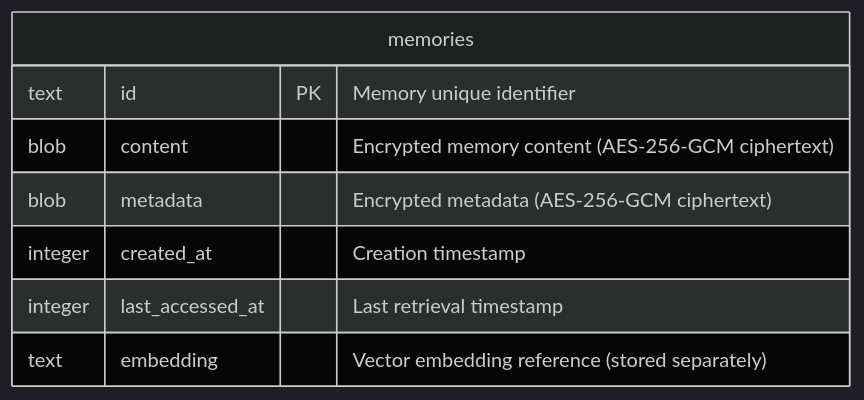
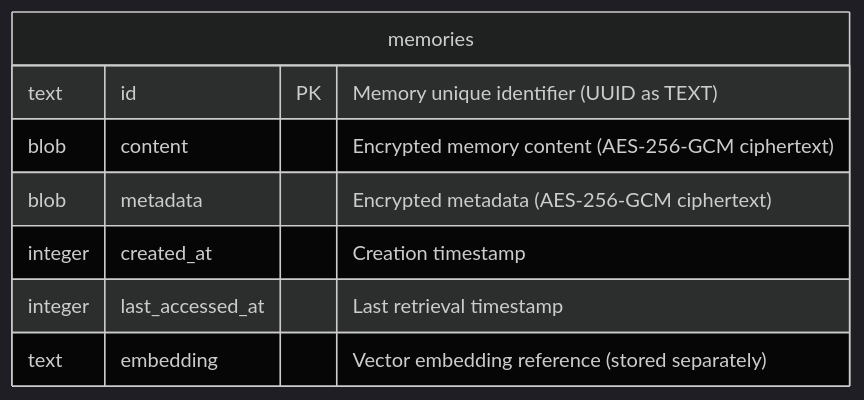
One commit to openkraken-ai/openkraken changed the third of 6 diagrams in TechSpec.md. Above: the diagram before and after it, drawn with Mermaid (dark theme). The commit also changed other lines of this file and 1 other file, not shown here.

````diff
--- a/TechSpec.md
+++ b/TechSpec.md
@@ -573,11 +573,11 @@
 ```mermaid
 erDiagram
     memories {
-        text id PK "Memory unique identifier"
+        text id PK "Memory unique identifier (UUID as TEXT)"
         blob content "Encrypted memory content (AES-256-GCM ciphertext)"
         blob metadata "Encrypted metadata (AES-256-GCM ciphertext)"
         integer created_at "Creation timestamp"
         integer last_accessed_at "Last retrieval timestamp"
         text embedding "Vector embedding reference (stored separately)"
     }
 ```
````
